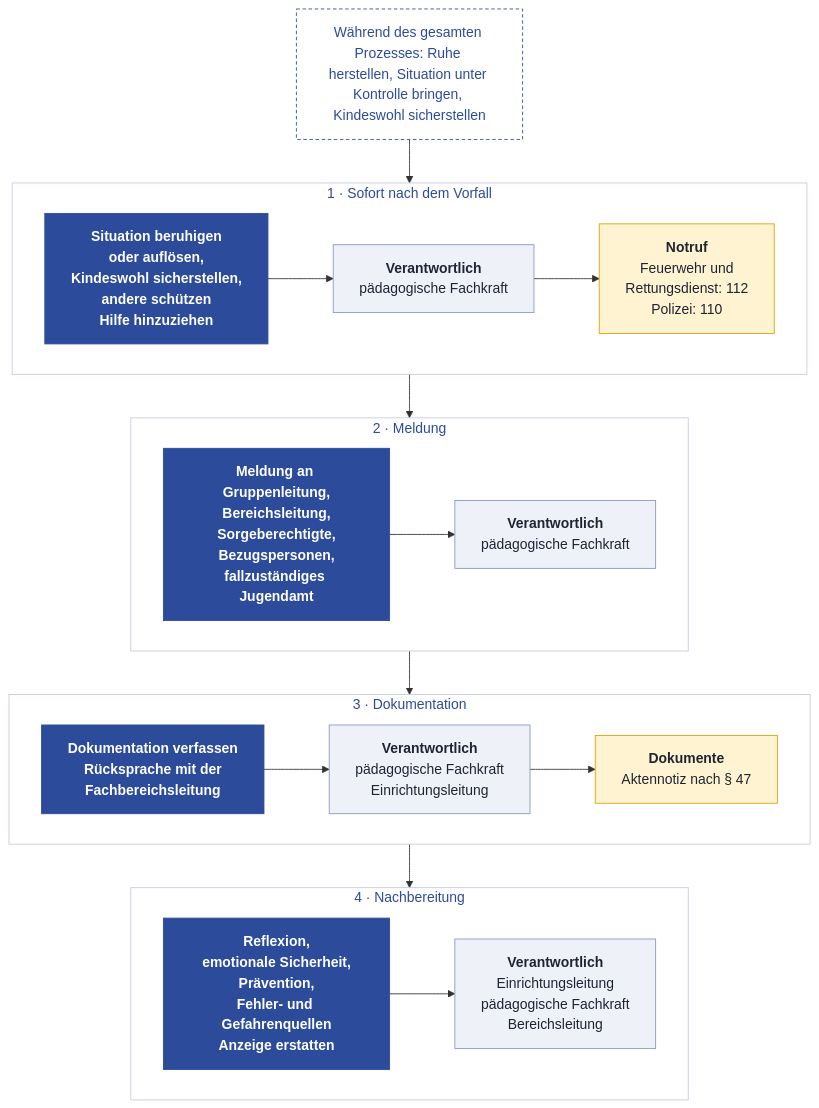
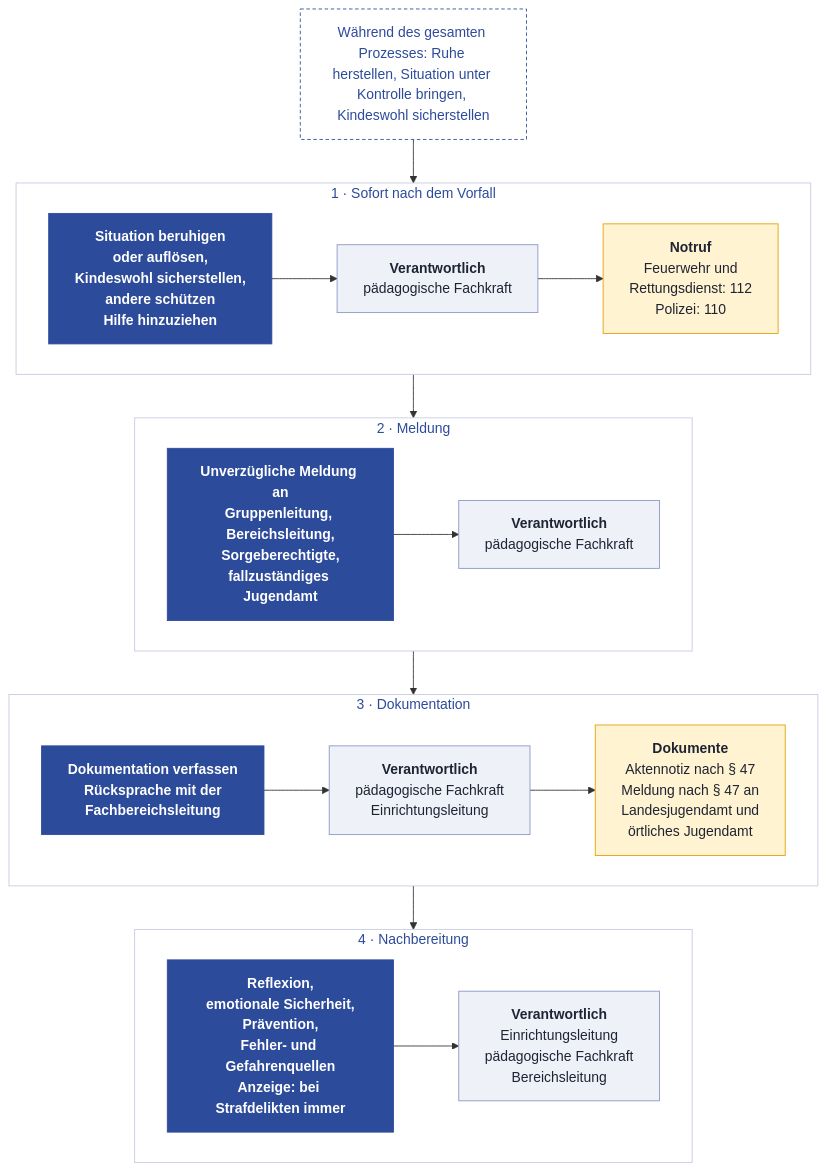
One commit to BSBSWS/qm changed the diagram in handbuch/9.8_ablauf-gefaehrdungsmomente.md. Above: the diagram before and after it, drawn with Mermaid. The commit also changed other lines of this file and 27 other files, not shown here.

````diff
--- a/handbuch/9.8_ablauf-gefaehrdungsmomente.md
+++ b/handbuch/9.8_ablauf-gefaehrdungsmomente.md
@@ -27,33 +27,33 @@
 ```mermaid
 flowchart TB
     subgraph P1["1 · Sofort nach dem Vorfall"]
         direction LR
         A["Situation beruhigen<br/>oder auflösen,<br/>Kindeswohl sicherstellen,<br/>andere schützen<br/>Hilfe hinzuziehen"] --> A1["<b>Verantwortlich</b><br/>pädagogische Fachkraft"] --> A2["<b>Notruf</b><br/>Feuerwehr und<br/>Rettungsdienst: 112<br/>Polizei: 110"]
     end
     subgraph P2["2 · Meldung"]
         direction LR
-        B["Meldung an Gruppenleitung,<br/>Bereichsleitung,<br/>Sorgeberechtigte,<br/>Bezugspersonen,<br/>fallzuständiges Jugendamt"] --> B1["<b>Verantwortlich</b><br/>pädagogische Fachkraft"]
+        B["Unverzügliche Meldung an<br/>Gruppenleitung, Bereichsleitung,<br/>Sorgeberechtigte,<br/>fallzuständiges Jugendamt"] --> B1["<b>Verantwortlich</b><br/>pädagogische Fachkraft"]
     end
     subgraph P3["3 · Dokumentation"]
         direction LR
-        C["Dokumentation verfassen<br/>Rücksprache mit der<br/>Fachbereichsleitung"] --> C1["<b>Verantwortlich</b><br/>pädagogische Fachkraft<br/>Einrichtungsleitung"] --> C2["<b>Dokumente</b><br/>Aktennotiz nach § 47"]
+        C["Dokumentation verfassen<br/>Rücksprache mit der<br/>Fachbereichsleitung"] --> C1["<b>Verantwortlich</b><br/>pädagogische Fachkraft<br/>Einrichtungsleitung"] --> C2["<b>Dokumente</b><br/>Aktennotiz nach § 47<br/>Meldung nach § 47 an<br/>Landesjugendamt und<br/>örtliches Jugendamt"]
     end
     subgraph P4["4 · Nachbereitung"]
         direction LR
-        D["Reflexion,<br/>emotionale Sicherheit,<br/>Prävention,<br/>Fehler- und Gefahrenquellen<br/>Anzeige erstatten"] --> D1["<b>Verantwortlich</b><br/>Einrichtungsleitung<br/>pädagogische Fachkraft<br/>Bereichsleitung"]
+        D["Reflexion,<br/>emotionale Sicherheit,<br/>Prävention,<br/>Fehler- und Gefahrenquellen<br/>Anzeige: bei Strafdelikten immer"] --> D1["<b>Verantwortlich</b><br/>Einrichtungsleitung<br/>pädagogische Fachkraft<br/>Bereichsleitung"]
     end
     W["Während des gesamten Prozesses: Ruhe herstellen, Situation unter Kontrolle bringen, Kindeswohl sicherstellen"]
     W --> P1 --> P2 --> P3 --> P4
     classDef schritt fill:#2D4B9B,stroke:#2D4B9B,color:#FFFFFF,font-weight:bold
     classDef inhalt fill:#EEF1F8,stroke:#8A96C4,color:#1F2433
     classDef dokument fill:#FFF3D1,stroke:#E0A100,color:#1F2433
     classDef turnus fill:#FFFFFF,stroke:#2D4B9B,color:#2D4B9B,stroke-dasharray:4 3
     class A,B,C,D schritt
     class A1,B1,C1,D1 inhalt
     class A2,C2 dokument
     class W turnus
     style P1 fill:#FFFFFF,stroke:#C5CBE0,color:#2D4B9B
     style P2 fill:#FFFFFF,stroke:#C5CBE0,color:#2D4B9B
     style P3 fill:#FFFFFF,stroke:#C5CBE0,color:#2D4B9B
     style P4 fill:#FFFFFF,stroke:#C5CBE0,color:#2D4B9B
 ```
````
